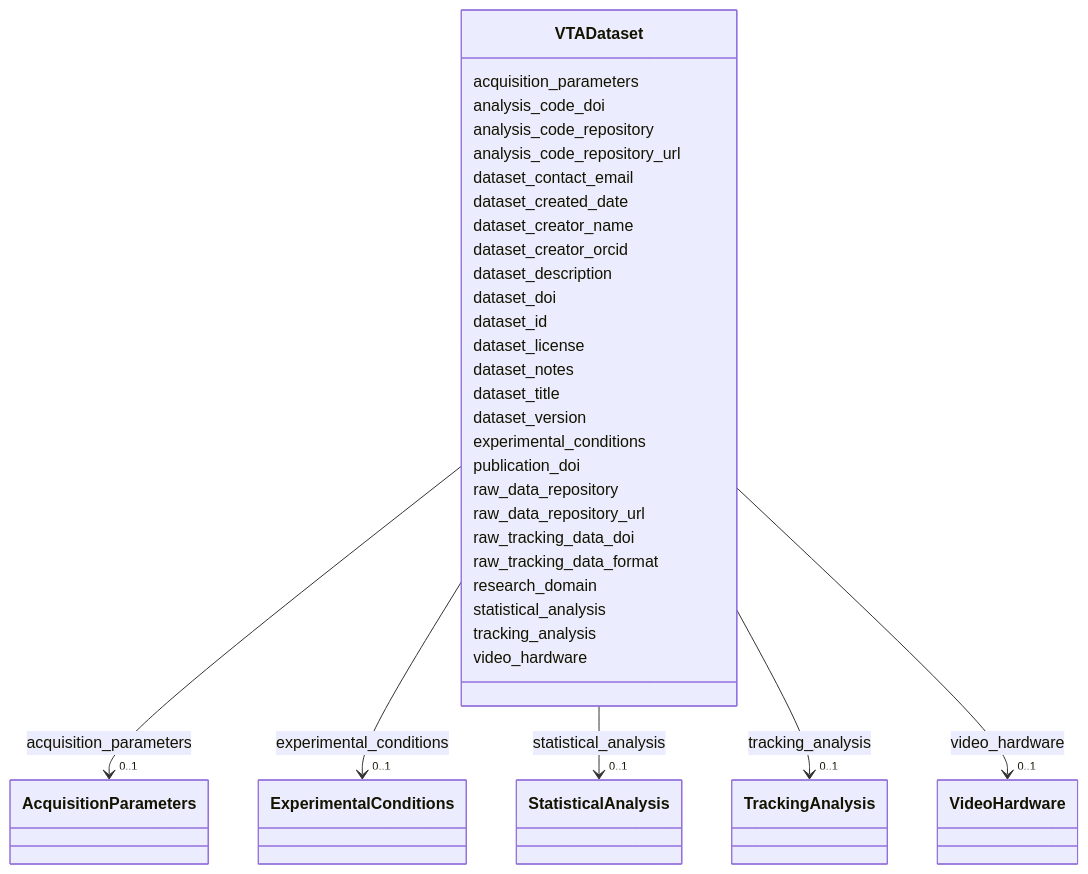
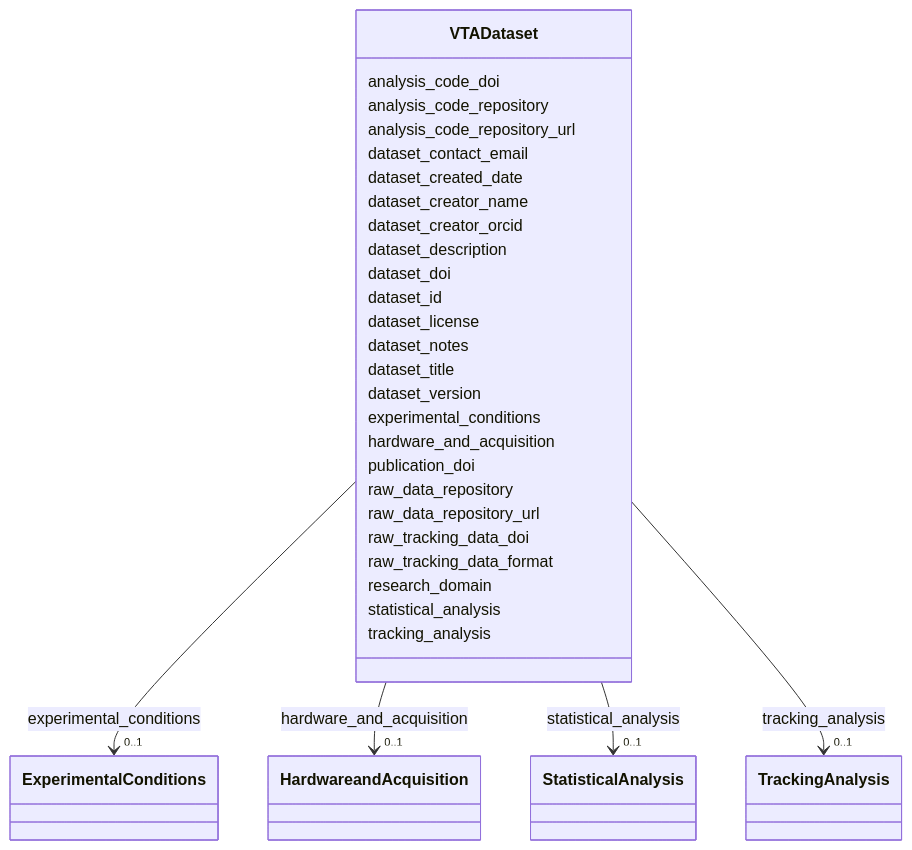
The diagram in docs/VTADataset.md (Helmholtz-UFZ/BeStMeta), drawn with Mermaid before and after one commit. The commit also changed other lines of this file and 71 other files, not shown here.

````diff
--- a/docs/VTADataset.md
+++ b/docs/VTADataset.md
@@ -24,17 +24,6 @@
  classDiagram
     class VTADataset
     click VTADataset href "../VTADataset/"
-      VTADataset : acquisition_parameters
-        
-          
-    
-        
-        
-        VTADataset --> "0..1" AcquisitionParameters : acquisition_parameters
-        click AcquisitionParameters href "../AcquisitionParameters/"
-    
-
-        
       VTADataset : analysis_code_doi
         
       VTADataset : analysis_code_repository
@@ -74,6 +63,17 @@
     
 
         
+      VTADataset : hardware_and_acquisition
+        
+          
+    
+        
+        
+        VTADataset --> "0..1" HardwareandAcquisition : hardware_and_acquisition
+        click HardwareandAcquisition href "../HardwareandAcquisition/"
+    
+
+        
       VTADataset : publication_doi
         
       VTADataset : raw_data_repository
@@ -108,16 +108,5 @@
     
 
         
-      VTADataset : video_hardware
-        
-          
-    
-        
-        
-        VTADataset --> "0..1" VideoHardware : video_hardware
-        click VideoHardware href "../VideoHardware/"
-    
-
-        
       
 ```
````
